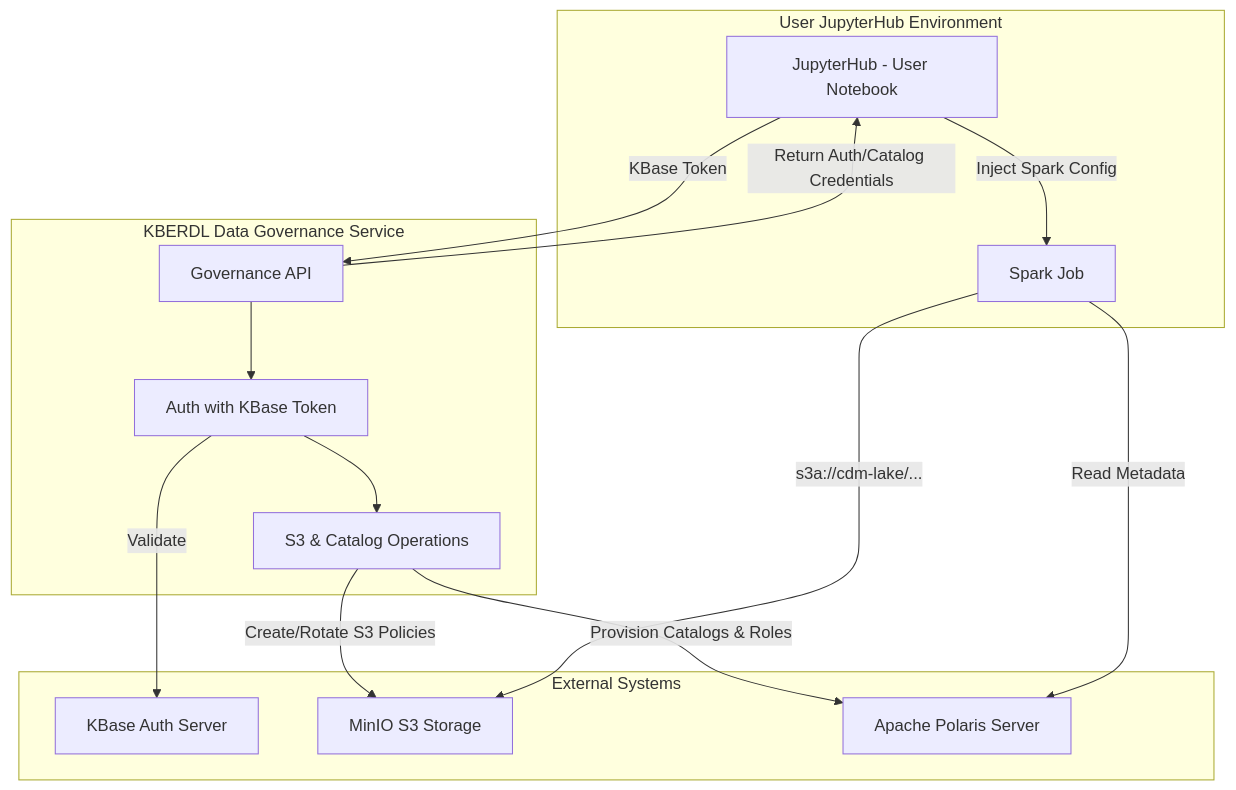
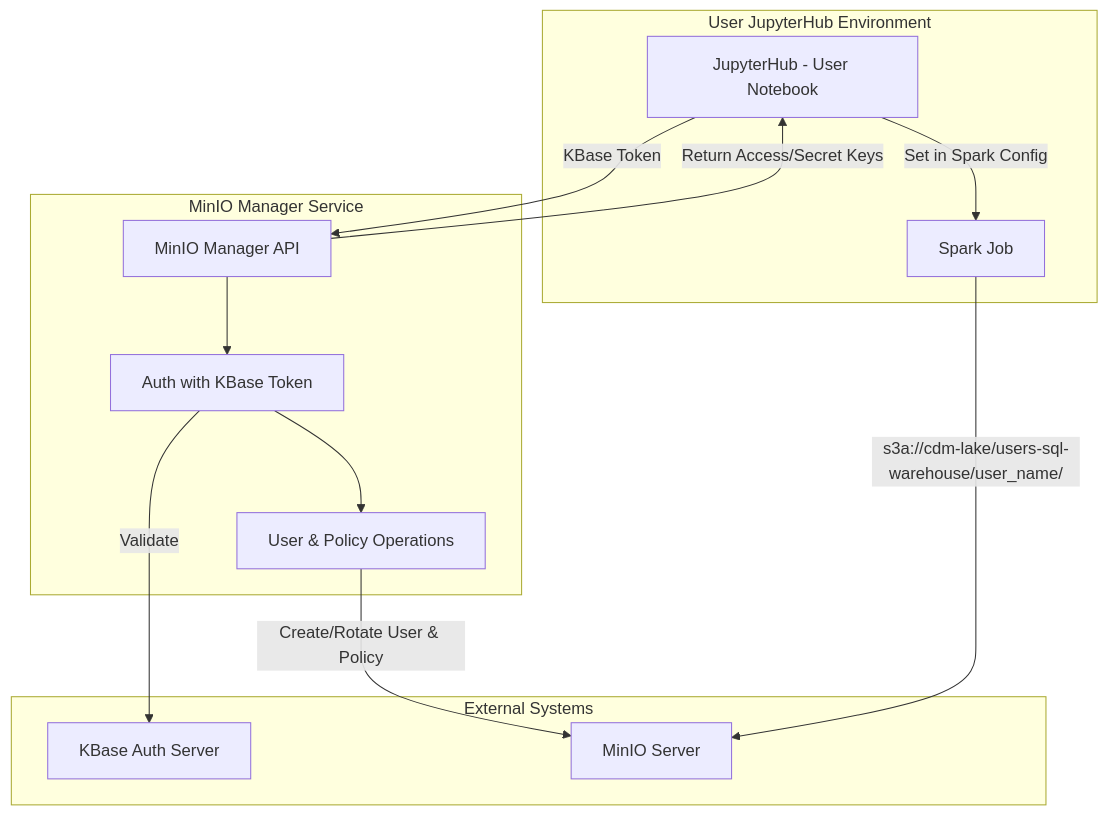
One commit to BERDataLakehouse/minio_manager_service changed the diagram in docs/design.md. Above: the diagram before and after it, drawn with Mermaid. The commit also changed other lines of this file and 28 other files, not shown here.

````diff
--- a/docs/design.md
+++ b/docs/design.md
@@ -44,30 +43,27 @@
 ```mermaid
 flowchart TD
     subgraph User JupyterHub Environment
         JupyterHub[JupyterHub - User Notebook]
         SparkApp[Spark Job]
     end
 
-    subgraph KBERDL Data Governance Service
-        API[Governance API]
+    subgraph MinIO Manager Service
+        API[MinIO Manager API]
         Auth[Auth with KBase Token]
-        GovOps[S3 & Catalog Operations]
+        MinIOOps[User & Policy Operations]
     end
 
     subgraph External Systems
         KBase[KBase Auth Server]
-        MinIO[MinIO S3 Storage]
-        Polaris[Apache Polaris Server]
+        MinIO[MinIO Server]
     end
 
     JupyterHub -->|KBase Token| API
     API --> Auth
     Auth -->|Validate| KBase
-    Auth --> GovOps
-    GovOps -->|Create/Rotate S3 Policies| MinIO
-    GovOps -->|Provision Catalogs & Roles| Polaris
-    API -->|Return Auth/Catalog Credentials| JupyterHub
-    JupyterHub -->|Inject Spark Config| SparkApp
-    SparkApp -->|s3a://cdm-lake/...| MinIO
-    SparkApp -->|Read Metadata| Polaris
+    Auth --> MinIOOps
+    MinIOOps -->|Create/Rotate User & Policy| MinIO
+    API -->|Return Access/Secret Keys| JupyterHub
+    JupyterHub -->|Set in Spark Config| SparkApp
+    SparkApp -->|s3a://cdm-lake/users-sql-warehouse/user_name/| MinIO
 ```
````
